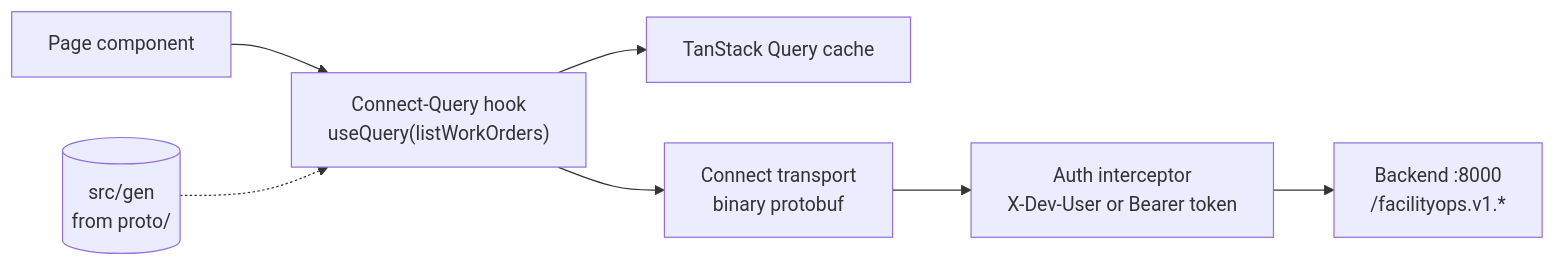
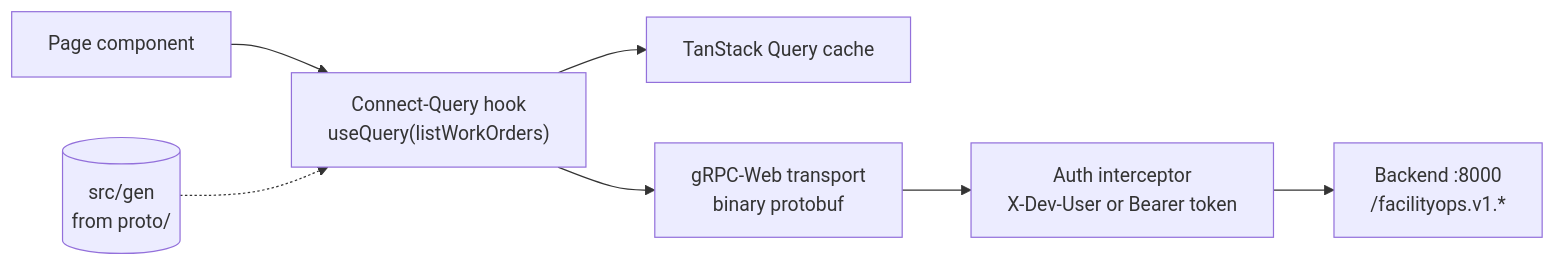
One commit to wasif1024/facilityops changed the diagram in docs/frontend-specification.md. Above: the diagram before and after it, drawn with Mermaid. The commit also changed other lines of this file and 40 other files, not shown here.

````diff
--- a/docs/frontend-specification.md
+++ b/docs/frontend-specification.md
@@ -77,9 +77,9 @@
 ```mermaid
 flowchart LR
     page["Page component"] --> hook["Connect-Query hook<br/>useQuery(listWorkOrders)"]
     hook --> qc["TanStack Query cache"]
-    hook --> transport["Connect transport<br/>binary protobuf"]
+    hook --> transport["gRPC-Web transport<br/>binary protobuf"]
     transport --> auth["Auth interceptor<br/>X-Dev-User or Bearer token"]
     auth --> api["Backend :8000<br/>/facilityops.v1.*"]
     gen[("src/gen<br/>from proto/")] -.-> hook
 ```
````
